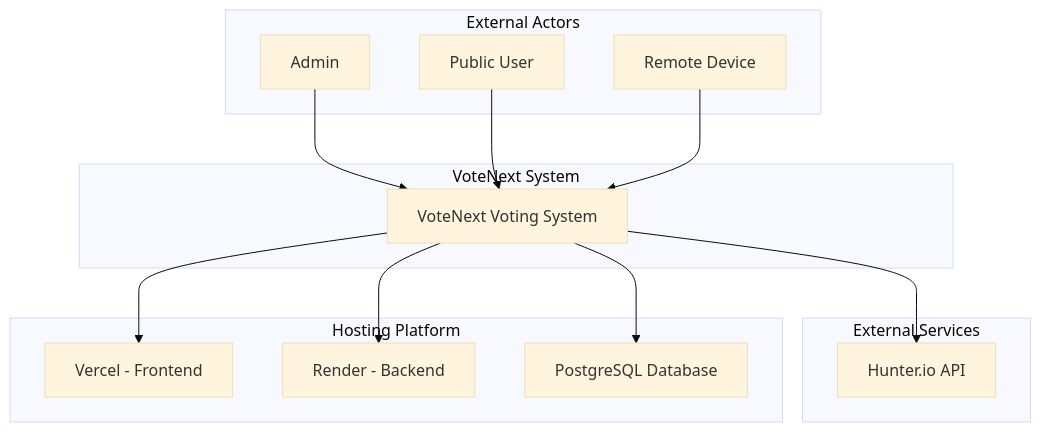
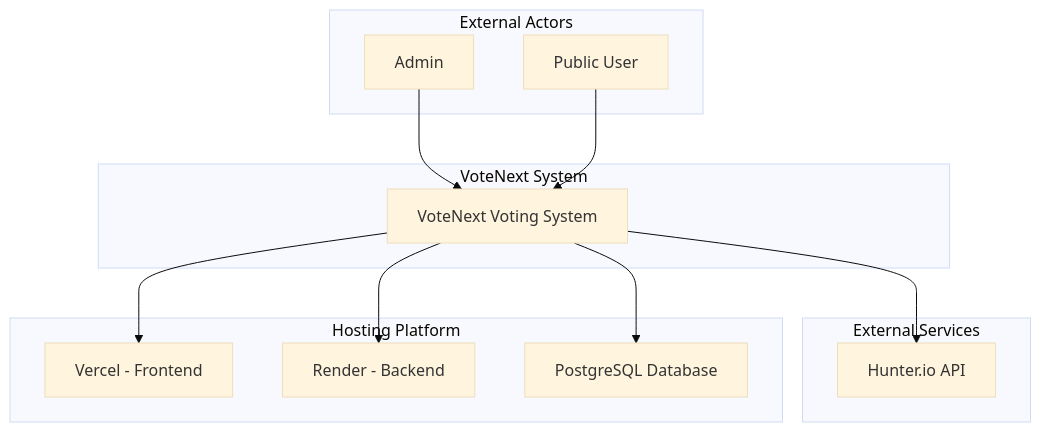
The first of 9 diagrams in diagrams2.md (CHADEAR/VoteNext), drawn with Mermaid (base theme) before and after one commit.

````diff
--- a/diagrams2.md
+++ b/diagrams2.md
@@ -5,30 +5,28 @@
 ```mermaid
 graph TB
     subgraph "External Actors"
         A[Admin]
         B[Public User]
-        C[Remote Device]
     end
     
     subgraph "External Services"
         D[Hunter.io API]
     end
     
     subgraph "Hosting Platform"
         E[Vercel - Frontend]
         F[Render - Backend]
         G[PostgreSQL Database]
     end
     
     subgraph "VoteNext System"
         H[VoteNext Voting System]
     end
     
     A --> H
     B --> H
-    C --> H
     H --> D
     H --> E
     H --> F
     H --> G
 ```
````
